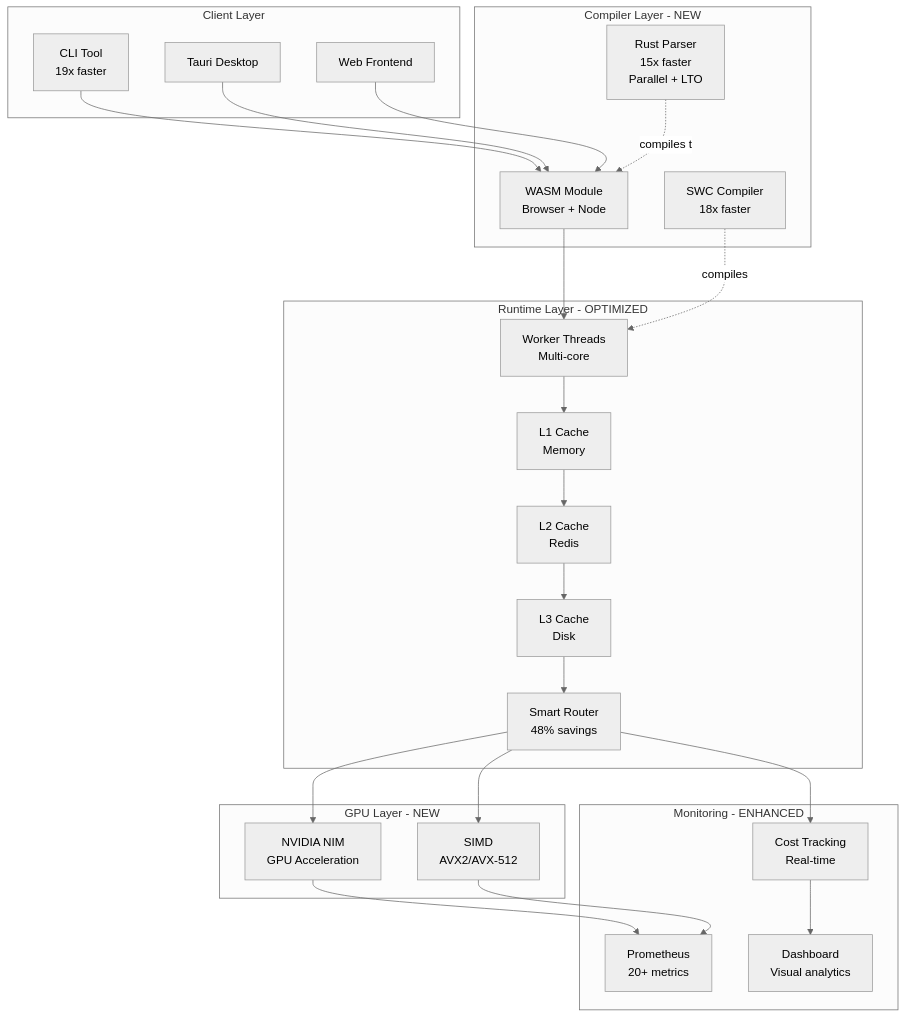
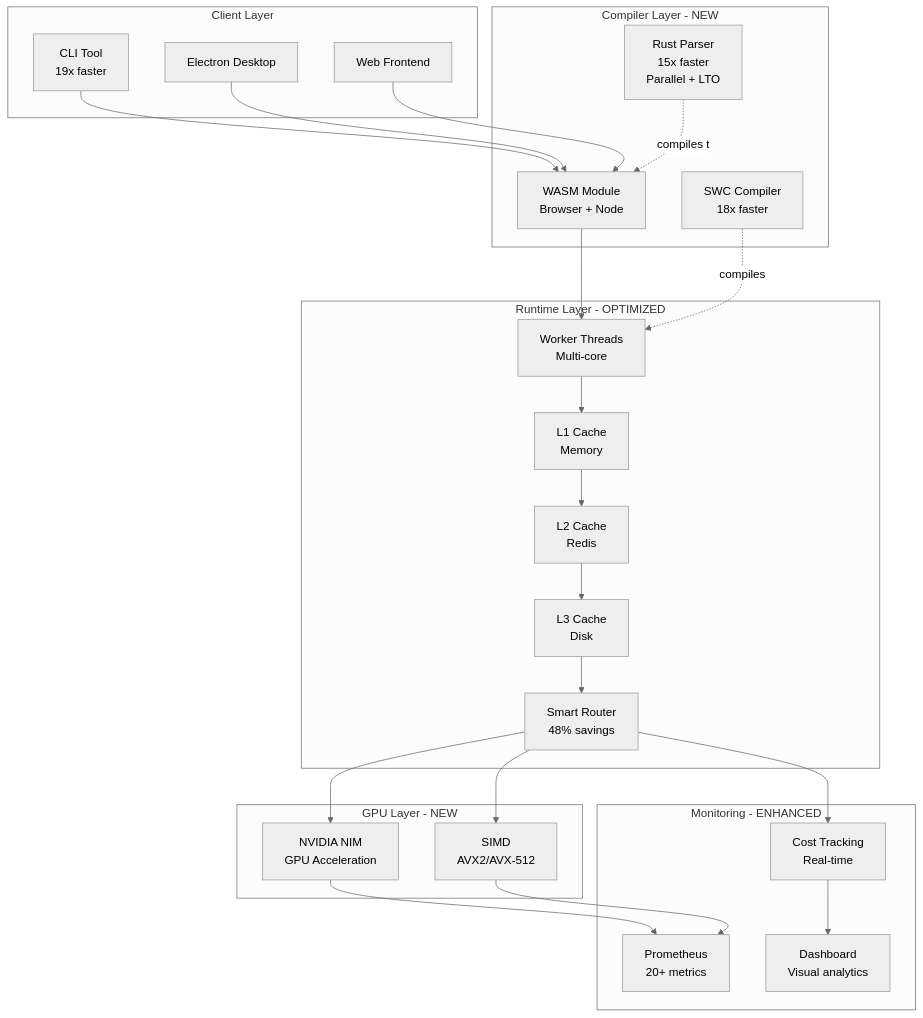
Before and after one commit to Aphrodine-wq/GRUMPCO: the diagram in docs/NVIDIA_OPTIMIZATION_COMPLETE.md, drawn with Mermaid (neutral theme). The commit also changed 162 other files, not shown here.

````diff
--- a/docs/NVIDIA_OPTIMIZATION_COMPLETE.md
+++ b/docs/NVIDIA_OPTIMIZATION_COMPLETE.md
@@ -197,54 +197,54 @@
 ```mermaid
 graph TB
     subgraph client [Client Layer]
         CLI[CLI Tool<br/>19x faster]
-        Desktop[Tauri Desktop]
+        Desktop[Electron Desktop]
         Web[Web Frontend]
     end
     
     subgraph compiler [Compiler Layer - NEW]
         SWC[SWC Compiler<br/>18x faster]
         Rust[Rust Parser<br/>15x faster<br/>Parallel + LTO]
         WASM[WASM Module<br/>Browser + Node]
     end
     
     subgraph runtime [Runtime Layer - OPTIMIZED]
         Workers[Worker Threads<br/>Multi-core]
         L1[L1 Cache<br/>Memory]
         L2[L2 Cache<br/>Redis]
         L3[L3 Cache<br/>Disk]
         Router[Smart Router<br/>48% savings]
     end
     
     subgraph gpu [GPU Layer - NEW]
         NIM[NVIDIA NIM<br/>GPU Acceleration]
         SIMD[SIMD<br/>AVX2/AVX-512]
     end
     
     subgraph monitor [Monitoring - ENHANCED]
         Prom[Prometheus<br/>20+ metrics]
         Cost[Cost Tracking<br/>Real-time]
         Dash[Dashboard<br/>Visual analytics]
     end
     
     CLI --> WASM
     Desktop --> WASM
     Web --> WASM
     
     WASM --> Workers
     Workers --> L1
     L1 --> L2
     L2 --> L3
     L3 --> Router
     
     Router --> NIM
     Router --> SIMD
     
     NIM --> Prom
     SIMD --> Prom
     Router --> Cost
     Cost --> Dash
     
     SWC -.compiles.-> Workers
     Rust -.compiles to.-> WASM
 ```
````
